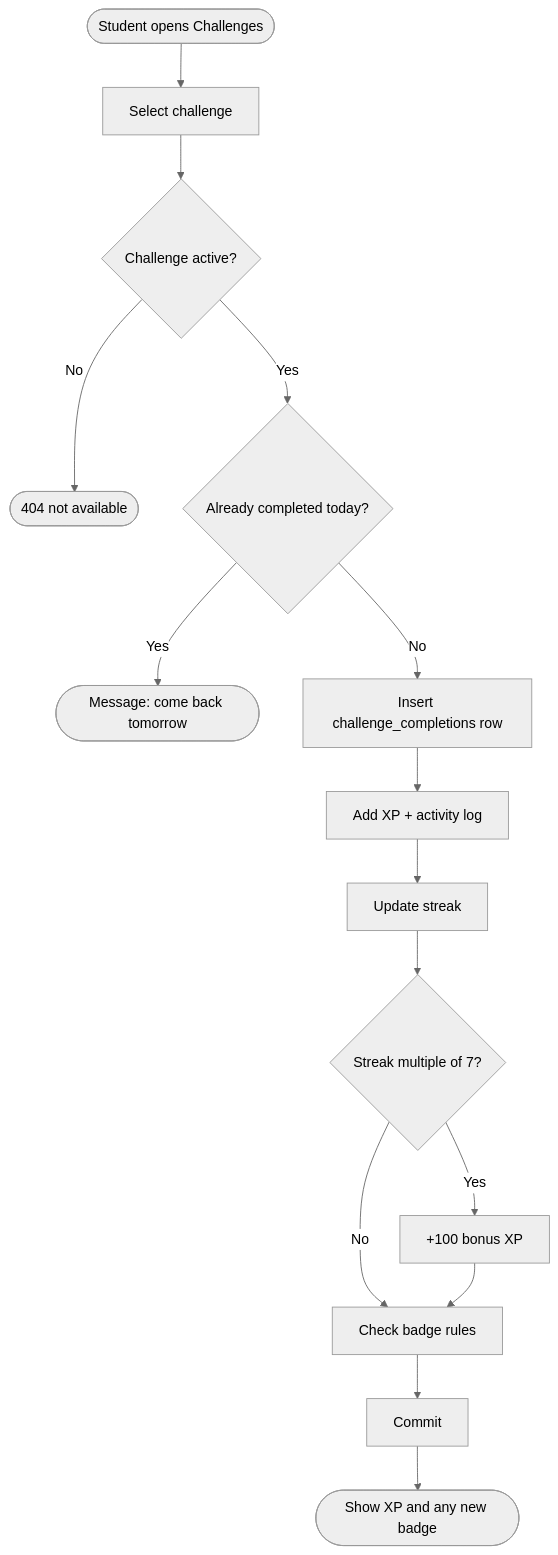
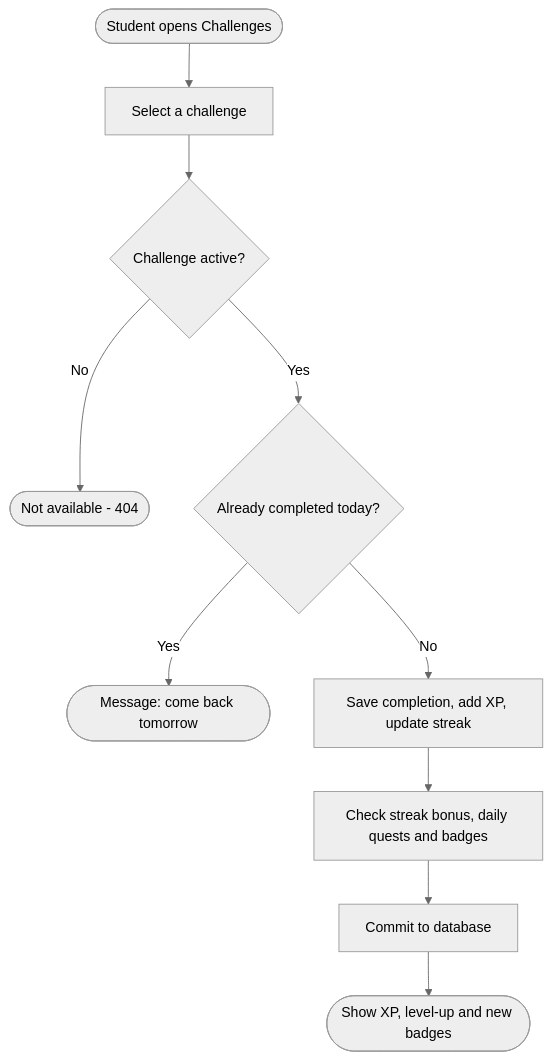
Before and after one commit to anuragpatwari591-hub/ecoquest1: the seventh of 7 diagrams in docs/diagrams.md, drawn with Mermaid (neutral theme). The commit also changed other lines of this file and 3 other files, not shown here.

Commit message:
Fix daily-quest alignment; update component and activity diagrams; keep report out of Git

````diff
--- a/docs/diagrams.md
+++ b/docs/diagrams.md
@@ -163,17 +185,12 @@
 ```mermaid
 flowchart TD
-    A([Student opens Challenges]) --> B[Select challenge]
+    A([Student opens Challenges]) --> B[Select a challenge]
     B --> C{Challenge active?}
-    C -- No --> X([404 not available])
+    C -- No --> X([Not available - 404])
     C -- Yes --> D{Already completed today?}
     D -- Yes --> E([Message: come back tomorrow])
-    D -- No --> F[Insert challenge_completions row]
-    F --> G[Add XP + activity log]
-    G --> H[Update streak]
-    H --> I{Streak multiple of 7?}
-    I -- Yes --> J[+100 bonus XP]
-    I -- No --> K[Check badge rules]
-    J --> K
-    K --> L[Commit]
-    L --> M([Show XP and any new badge])
+    D -- No --> F[Save completion, add XP, update streak]
+    F --> G[Check streak bonus, daily quests and badges]
+    G --> H[Commit to database]
+    H --> I([Show XP, level-up and new badges])
 ```
````
